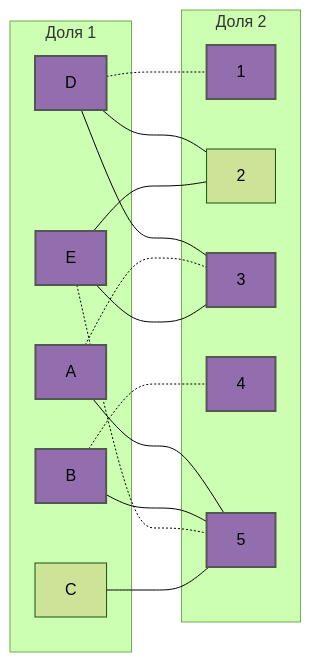
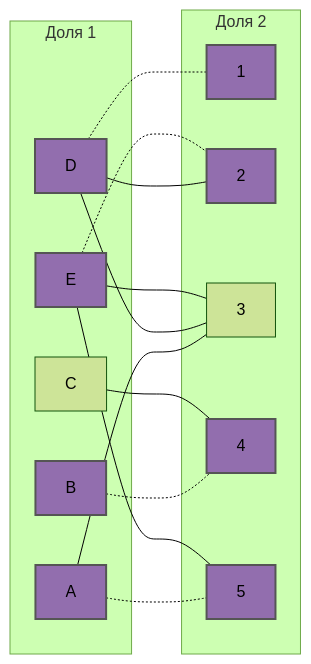
One commit to hse-algo-24-owl/manual-tasks-owl changed the sixth of 10 diagrams in task-8/mikhailkrug.md. Above: the diagram before and after it, drawn with Mermaid (forest theme). The commit also changed other lines of this file, not shown here.

````diff
--- a/task-8/mikhailkrug.md
+++ b/task-8/mikhailkrug.md
@@ -190,36 +188,35 @@
 ```mermaid
 graph LR
     subgraph "Доля 1"
         A[A]
         B[B]
         C[C]
         D[D]
         E[E]
     end
     subgraph "Доля 2"
         1[1]
         2[2]
         3[3]
         4[4]
         5[5]
     end
-    A --- 5
+    A --- 3
+    A -.- 5
     B -.- 4
-    B --- 5
+    C --- 4
     D -.- 1
     D --- 2
     D --- 3
-    E -.- 5
-    C --- 5
-    A -.- 3
-    E --- 2
+    E -.- 2
     E --- 3
-    style E fill:#926EAE,stroke:#555,stroke-width:2px
+    E --- 5
+    style A fill:#926EAE,stroke:#555,stroke-width:2px
     style 5 fill:#926EAE,stroke:#555,stroke-width:2px
     style D fill:#926EAE,stroke:#555,stroke-width:2px
     style 1 fill:#926EAE,stroke:#555,stroke-width:2px
     style B fill:#926EAE,stroke:#555,stroke-width:2px
     style 4 fill:#926EAE,stroke:#555,stroke-width:2px
-    style A fill:#926EAE,stroke:#555,stroke-width:2px
-    style 3 fill:#926EAE,stroke:#555,stroke-width:2px
+    style E fill:#926EAE,stroke:#555,stroke-width:2px
+    style 2 fill:#926EAE,stroke:#555,stroke-width:2px
 ```
````
